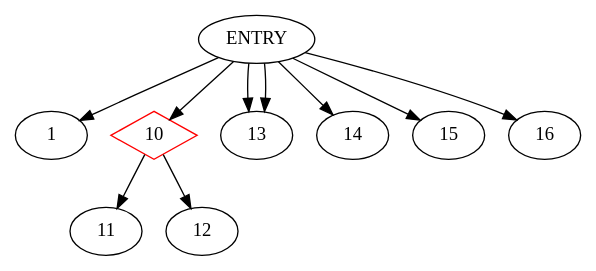
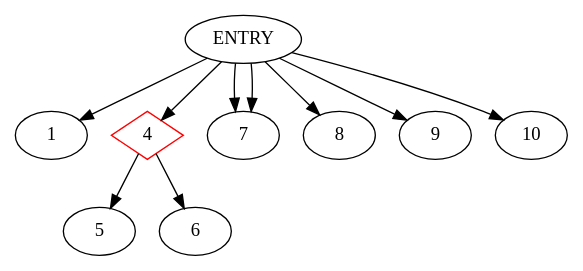
The diagram in Testgen/Testgen_Sonam/Testgen/CDG.dot (akshitij/TestgenRepo), drawn with Graphviz before and after one commit. The commit also changed 37 other files, not shown here.

```diff
--- a/Testgen/Testgen_Sonam/Testgen/CDG.dot
+++ b/Testgen/Testgen_Sonam/Testgen/CDG.dot
@@ -1,12 +1,12 @@
 digraph CDG {
 ENTRY -> 1
-10 [shape=diamond, color=red]
+4 [shape=diamond, color=red]
+ENTRY -> 4
+4-> 5
+4-> 6
+ENTRY -> 7
+ENTRY -> 7
+ENTRY -> 8
+ENTRY -> 9
 ENTRY -> 10
-10-> 11
-10-> 12
-ENTRY -> 13
-ENTRY -> 13
-ENTRY -> 14
-ENTRY -> 15
-ENTRY -> 16
 }
```
